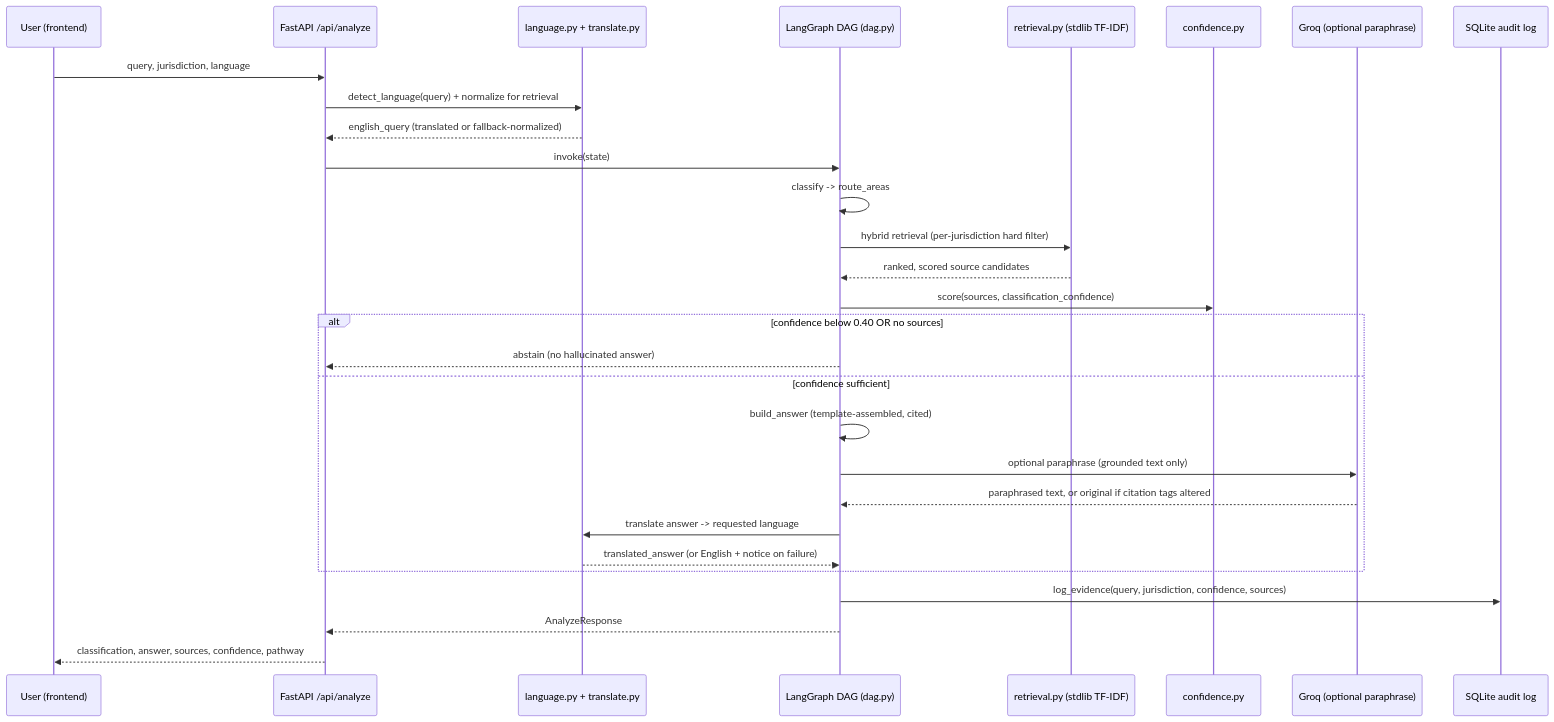
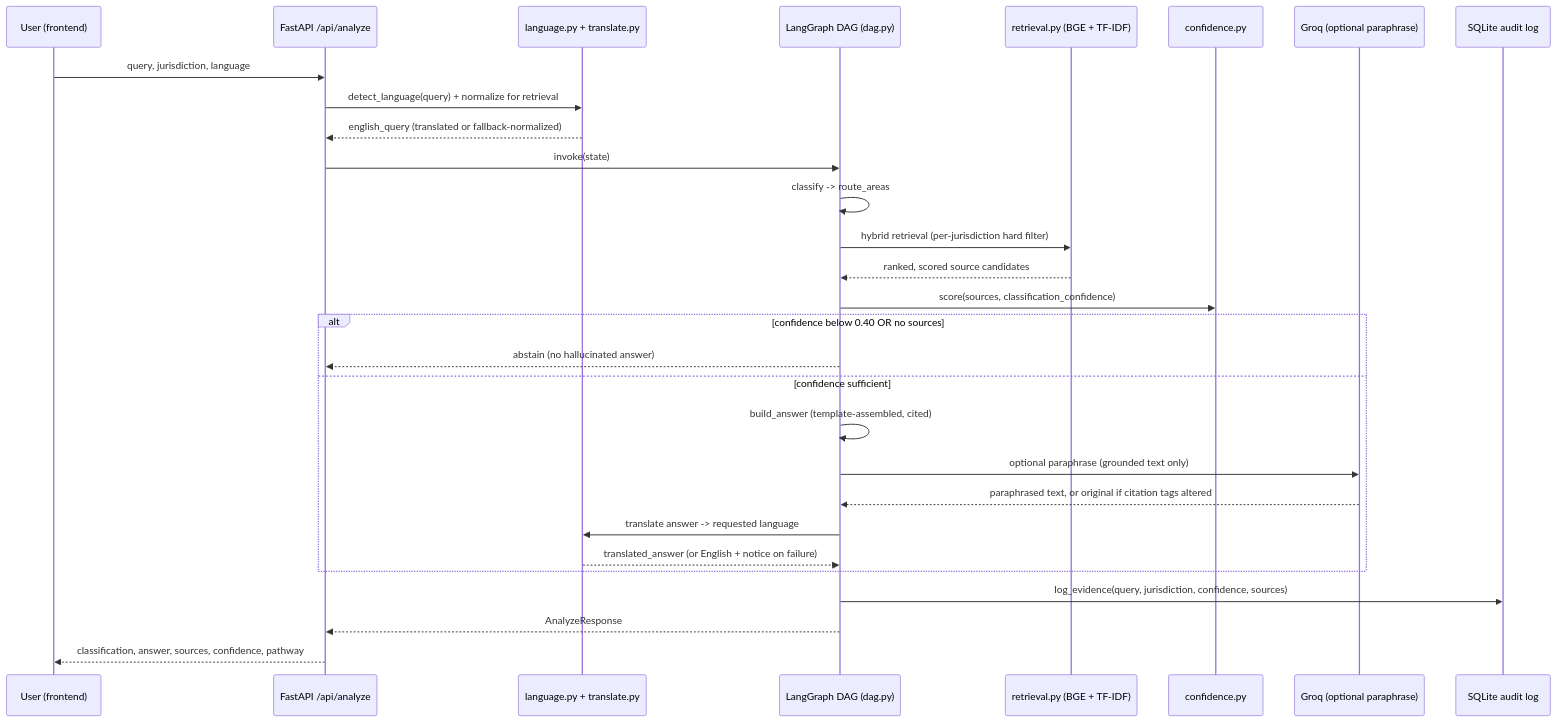
One commit to Keerthana9447/sutradhara_sih changed the third of 6 diagrams in README.md. Above: the diagram before and after it, drawn with Mermaid. The commit also changed other lines of this file and 42 other files, not shown here.

````diff
--- a/README.md
+++ b/README.md
@@ -186,32 +216,32 @@
 ```mermaid
 sequenceDiagram
     participant U as User (frontend)
     participant API as FastAPI /api/analyze
     participant LANG as language.py + translate.py
     participant DAG as LangGraph DAG (dag.py)
-    participant RET as retrieval.py (stdlib TF-IDF)
+    participant RET as retrieval.py (BGE + TF-IDF)
     participant CONF as confidence.py
     participant LLM as Groq (optional paraphrase)
     participant DB as SQLite audit log
 
     U->>API: query, jurisdiction, language
     API->>LANG: detect_language(query) + normalize for retrieval
     LANG-->>API: english_query (translated or fallback-normalized)
     API->>DAG: invoke(state)
     DAG->>DAG: classify -> route_areas
     DAG->>RET: hybrid retrieval (per-jurisdiction hard filter)
     RET-->>DAG: ranked, scored source candidates
     DAG->>CONF: score(sources, classification_confidence)
     alt confidence below 0.40 OR no sources
         DAG-->>API: abstain (no hallucinated answer)
     else confidence sufficient
         DAG->>DAG: build_answer (template-assembled, cited)
         DAG->>LLM: optional paraphrase (grounded text only)
         LLM-->>DAG: paraphrased text, or original if citation tags altered
         DAG->>LANG: translate answer -> requested language
         LANG-->>DAG: translated_answer (or English + notice on failure)
     end
     DAG->>DB: log_evidence(query, jurisdiction, confidence, sources)
     DAG-->>API: AnalyzeResponse
     API-->>U: classification, answer, sources, confidence, pathway
 ```
````
